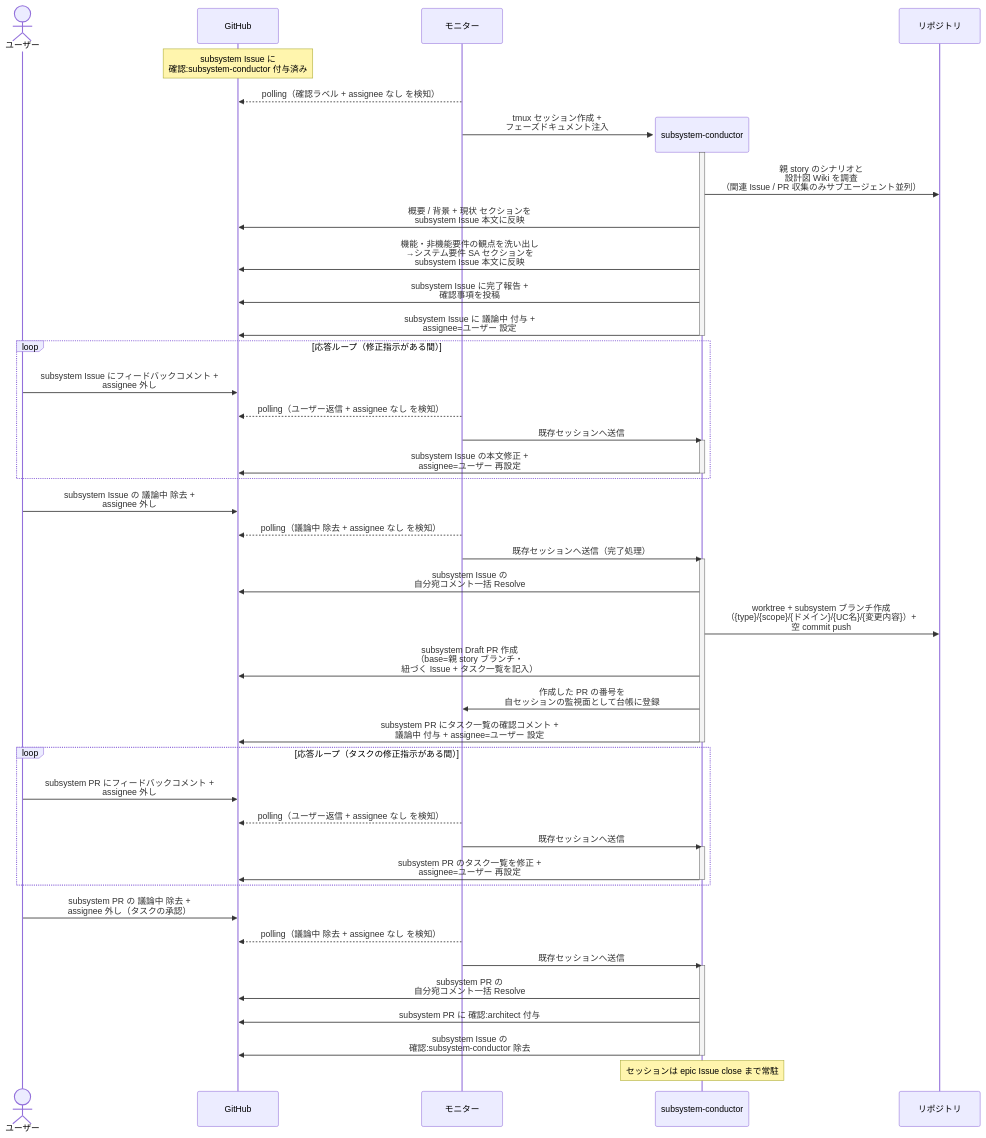
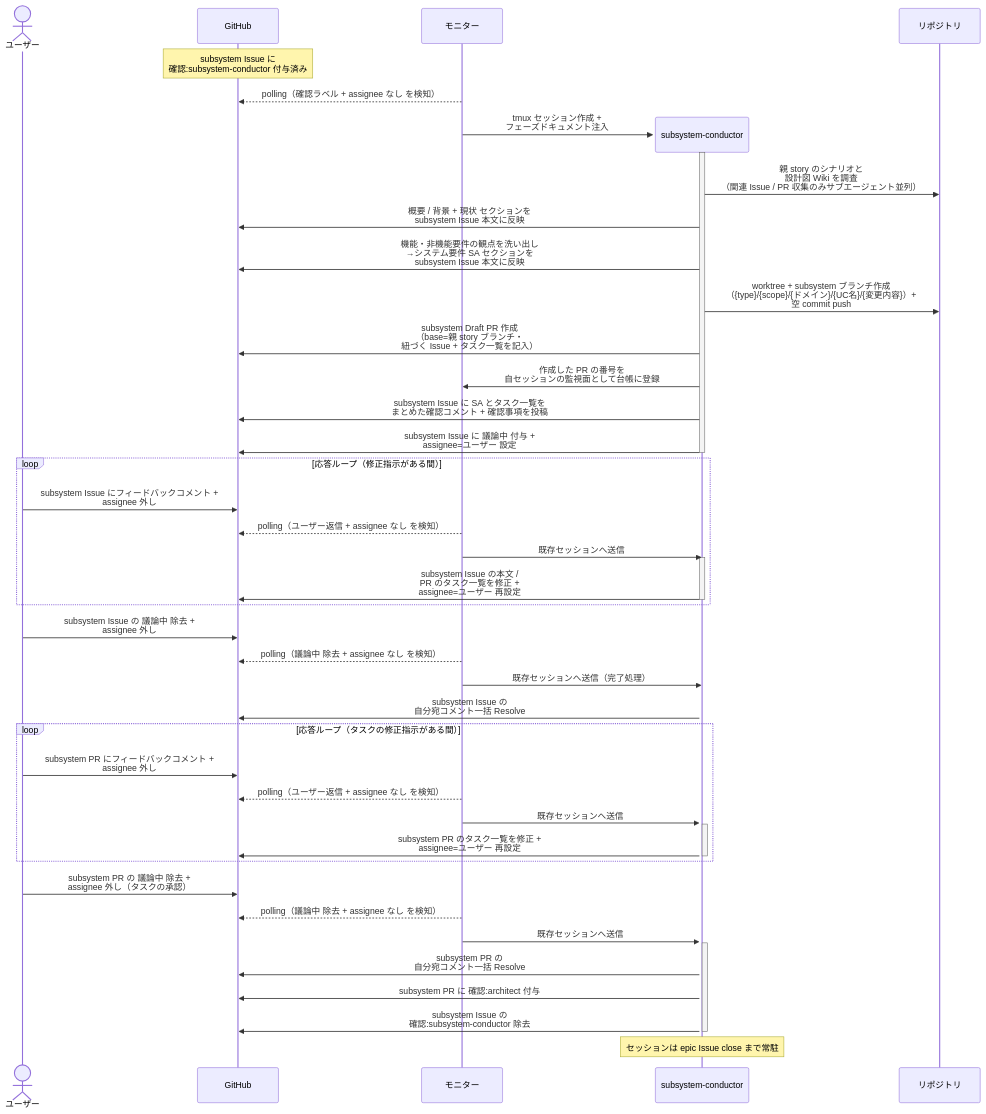
The first of 2 diagrams in docs/wiki/設計図/シナリオ/単一ユースケース/subsystem要件確定.md (shuhei1101/ai-monitor), drawn with Mermaid before and after one commit. The commit also changed other lines of this file and 22 other files, not shown here.

````diff
--- a/docs/wiki/設計図/シナリオ/単一ユースケース/subsystem要件確定.md
+++ b/docs/wiki/設計図/シナリオ/単一ユースケース/subsystem要件確定.md
@@ -27,58 +27,56 @@
 ```mermaid
 sequenceDiagram
   actor U as ユーザー
   participant GH as GitHub
   participant ORC as モニター
 
   Note over GH: subsystem Issue に<br>確認:subsystem-conductor 付与済み
   ORC-->>GH: polling（確認ラベル + assignee なし を検知）
   create participant MON as subsystem-conductor
   ORC->>MON: tmux セッション作成 +<br>フェーズドキュメント注入
   participant REPO as リポジトリ
   activate MON
   MON->>REPO: 親 story のシナリオと<br>設計図 Wiki を調査<br>（関連 Issue / PR 収集のみサブエージェント並列）
   MON->>GH: 概要 / 背景 + 現状 セクションを<br>subsystem Issue 本文に反映
   MON->>GH: 機能・非機能要件の観点を洗い出し<br>→システム要件 SA セクションを<br>subsystem Issue 本文に反映
-  MON->>GH: subsystem Issue に完了報告 +<br>確認事項を投稿
+  MON->>REPO: worktree + subsystem ブランチ作成<br>（{type}/{scope}/{ドメイン}/{UC名}/{変更内容}）+<br>空 commit push
+  MON->>GH: subsystem Draft PR 作成<br>（base=親 story ブランチ・<br>紐づく Issue + タスク一覧を記入）
+  MON->>ORC: 作成した PR の番号を<br>自セッションの監視面として台帳に登録
+  MON->>GH: subsystem Issue に SA とタスク一覧を<br>まとめた確認コメント + 確認事項を投稿
   MON->>GH: subsystem Issue に 議論中 付与 +<br>assignee=ユーザー 設定
   deactivate MON
 
   loop 応答ループ（修正指示がある間）
     U->>GH: subsystem Issue にフィードバックコメント +<br>assignee 外し
     ORC-->>GH: polling（ユーザー返信 + assignee なし を検知）
     ORC->>MON: 既存セッションへ送信
     activate MON
-    MON->>GH: subsystem Issue の本文修正 +<br>assignee=ユーザー 再設定
+    MON->>GH: subsystem Issue の本文 /<br>PR のタスク一覧を修正 +<br>assignee=ユーザー 再設定
     deactivate MON
   end
 
   U->>GH: subsystem Issue の 議論中 除去 +<br>assignee 外し
   ORC-->>GH: polling（議論中 除去 + assignee なし を検知）
   ORC->>MON: 既存セッションへ送信（完了処理）
   activate MON
   MON->>GH: subsystem Issue の<br>自分宛コメント一括 Resolve
-  MON->>REPO: worktree + subsystem ブランチ作成<br>（{type}/{scope}/{ドメイン}/{UC名}/{変更内容}）+<br>空 commit push
-  MON->>GH: subsystem Draft PR 作成<br>（base=親 story ブランチ・<br>紐づく Issue + タスク一覧を記入）
-  MON->>ORC: 作成した PR の番号を<br>自セッションの監視面として台帳に登録
-  MON->>GH: subsystem PR にタスク一覧の確認コメント +<br>議論中 付与 + assignee=ユーザー 設定
-  deactivate MON
 
   loop 応答ループ（タスクの修正指示がある間）
     U->>GH: subsystem PR にフィードバックコメント +<br>assignee 外し
     ORC-->>GH: polling（ユーザー返信 + assignee なし を検知）
     ORC->>MON: 既存セッションへ送信
     activate MON
     MON->>GH: subsystem PR のタスク一覧を修正 +<br>assignee=ユーザー 再設定
     deactivate MON
   end
 
   U->>GH: subsystem PR の 議論中 除去 +<br>assignee 外し（タスクの承認）
   ORC-->>GH: polling（議論中 除去 + assignee なし を検知）
   ORC->>MON: 既存セッションへ送信
   activate MON
   MON->>GH: subsystem PR の<br>自分宛コメント一括 Resolve
   MON->>GH: subsystem PR に 確認:architect 付与
   MON->>GH: subsystem Issue の<br>確認:subsystem-conductor 除去
   deactivate MON
   Note over MON: セッションは epic Issue close まで常駐
 ```
````
